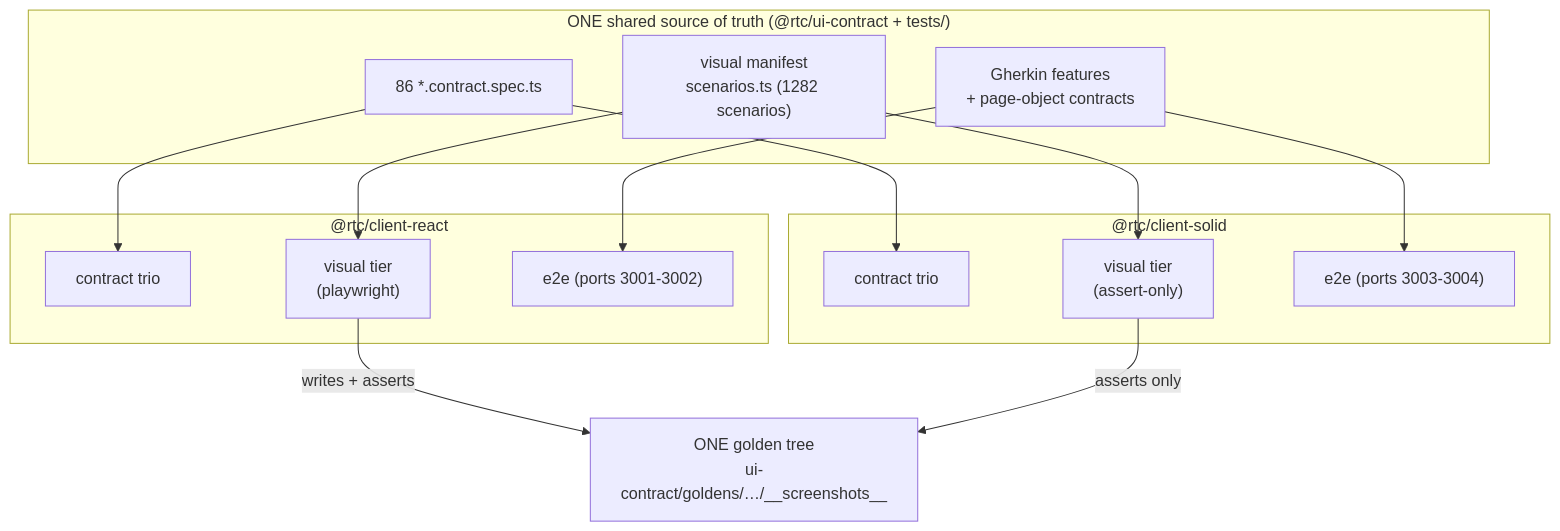
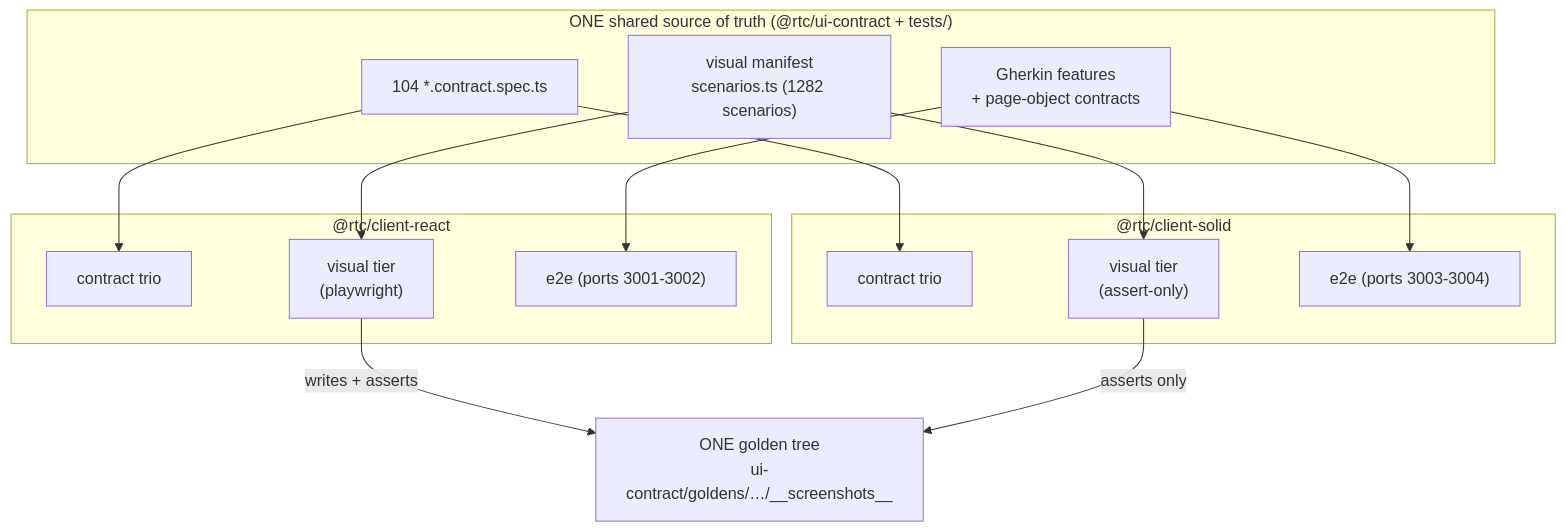
Before and after one commit to bettersoftware-io/ReactiveTraderCloudClone: the first of 4 diagrams in docs/architecture/21-cross-framework-testing.md, drawn with Mermaid. The commit also changed 3 other files, not shown here.

````diff
--- a/docs/architecture/21-cross-framework-testing.md
+++ b/docs/architecture/21-cross-framework-testing.md
@@ -25,27 +25,27 @@
 ```mermaid
 flowchart TB
     subgraph shared["ONE shared source of truth (@rtc/ui-contract + tests/)"]
-        SPECS["86 *.contract.spec.ts"]
+        SPECS["104 *.contract.spec.ts"]
         SCEN["visual manifest<br/>scenarios.ts (1282 scenarios)"]
         FEAT["Gherkin features<br/>+ page-object contracts"]
     end
     subgraph react["@rtc/client-react"]
         RTRIO["contract trio"]
         RTIERS["visual tier<br/>(playwright)"]
         RE2E["e2e (ports 3001-3002)"]
     end
     subgraph solid["@rtc/client-solid"]
         STRIO["contract trio"]
         STIERS["visual tier<br/>(assert-only)"]
         SE2E["e2e (ports 3003-3004)"]
     end
     GOLD["ONE golden tree<br/>ui-contract/goldens/…/__screenshots__"]
     SPECS --> RTRIO
     SPECS --> STRIO
     SCEN --> RTIERS
     SCEN --> STIERS
     FEAT --> RE2E
     FEAT --> SE2E
     RTIERS -- "writes + asserts" --> GOLD
     STIERS -- "asserts only" --> GOLD
 ```
````
